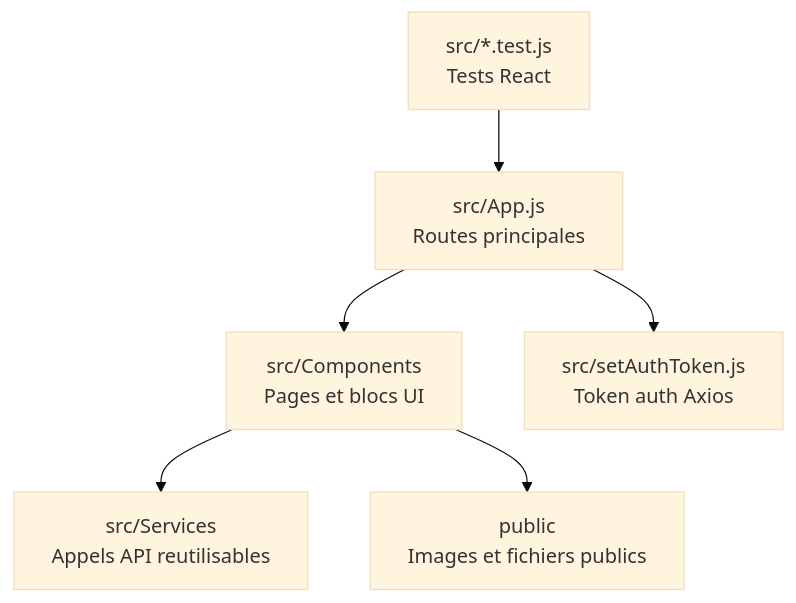
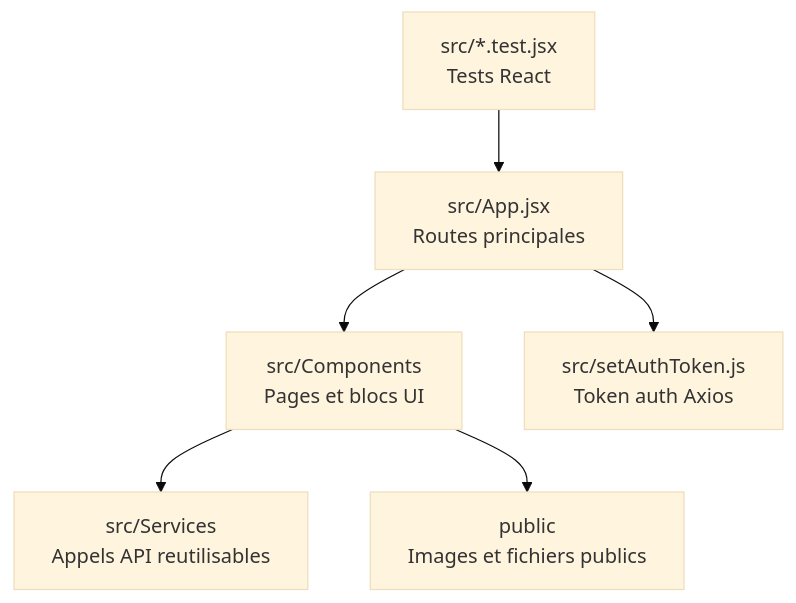
Before and after one commit to Chaye-parcel-traveler/chaye_web_frontend: the fourth of 10 diagrams in README.md, drawn with Mermaid (base theme). The commit also changed 36 other files, not shown here.

````diff
--- a/README.md
+++ b/README.md
@@ -144,8 +144,8 @@
 ```mermaid
 flowchart TB
-    App["src/App.js<br/>Routes principales"] --> Components["src/Components<br/>Pages et blocs UI"]
+    App["src/App.jsx<br/>Routes principales"] --> Components["src/Components<br/>Pages et blocs UI"]
     Components --> Services["src/Services<br/>Appels API reutilisables"]
     Components --> Assets["public<br/>Images et fichiers publics"]
     App --> Auth["src/setAuthToken.js<br/>Token auth Axios"]
-    Tests["src/*.test.js<br/>Tests React"] --> App
+    Tests["src/*.test.jsx<br/>Tests React"] --> App
 ```
````
